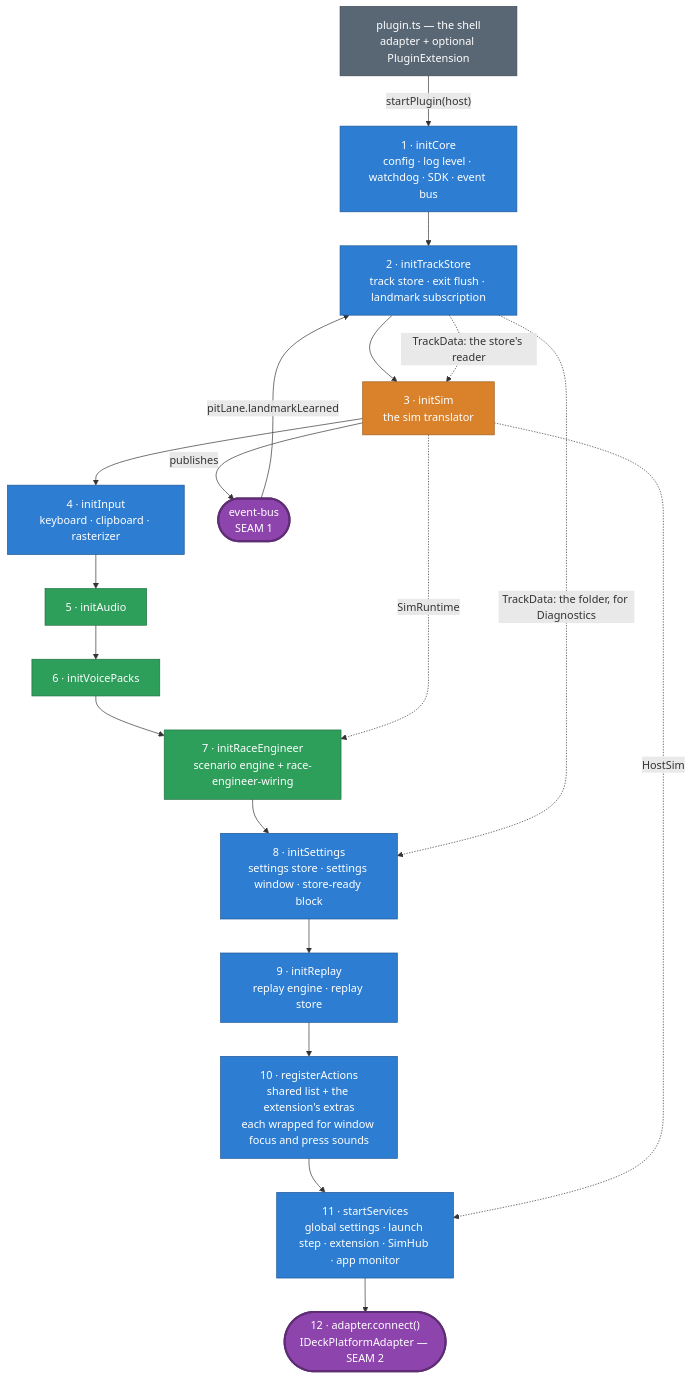
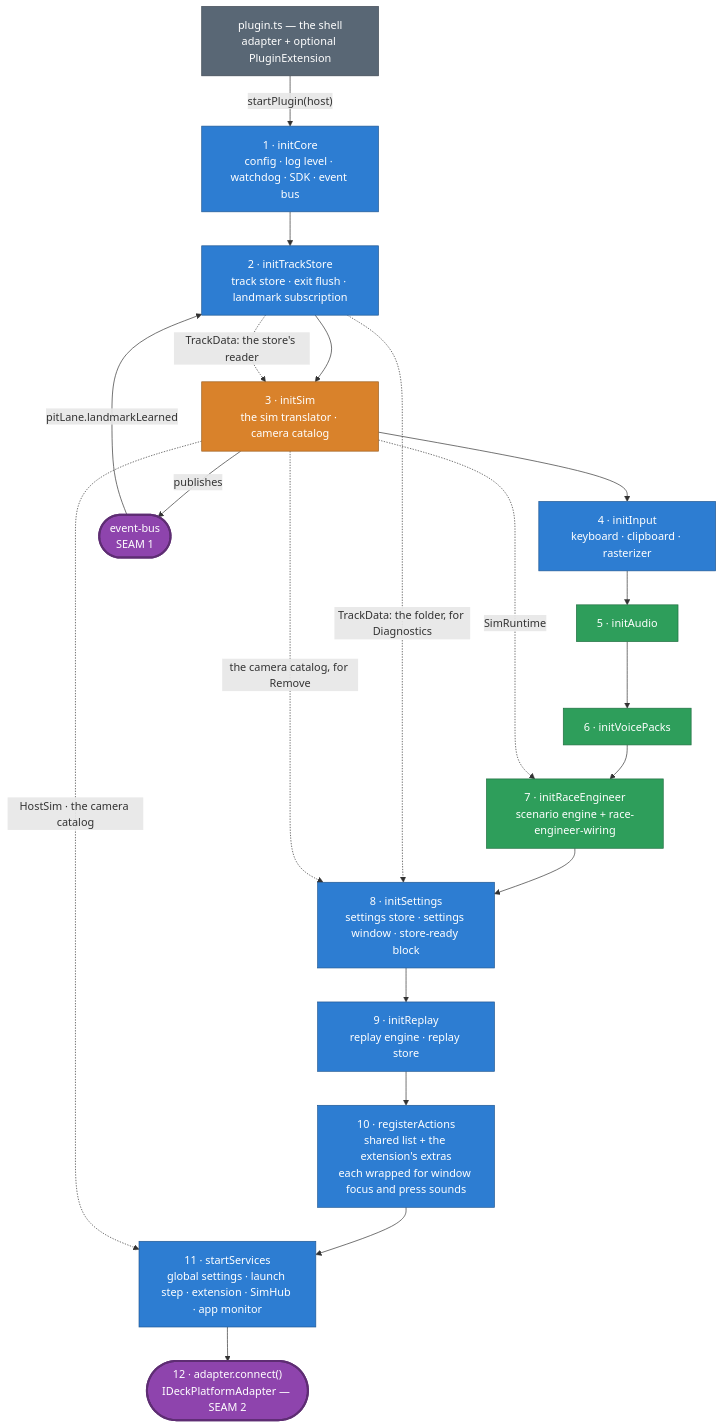
One commit to niklam/iracedeck changed the eighth of 9 diagrams in packages/website/src/content/docs/docs/development/architecture.md. Above: the diagram before and after it, drawn with Mermaid. The commit also changed other lines of this file and 75 other files, not shown here.

````diff
--- a/packages/website/src/content/docs/docs/development/architecture.md
+++ b/packages/website/src/content/docs/docs/development/architecture.md
@@ -324,32 +324,33 @@
 ```mermaid
 flowchart TB
   shell["plugin.ts — the shell<br/>adapter + optional PluginExtension"]:::plugin
   p1["1 · initCore<br/>config · log level · watchdog · SDK · event bus"]:::core
   p2["2 · initTrackStore<br/>track store · exit flush · landmark subscription"]:::core
-  p3["3 · initSim<br/>the sim translator"]:::sim
+  p3["3 · initSim<br/>the sim translator · camera catalog"]:::sim
   p4["4 · initInput<br/>keyboard · clipboard · rasterizer"]:::core
   p5["5 · initAudio"]:::audio
   p6["6 · initVoicePacks"]:::audio
   p7["7 · initRaceEngineer<br/>scenario engine + race-engineer-wiring"]:::audio
   p8["8 · initSettings<br/>settings store · settings window · store-ready block"]:::core
   p9["9 · initReplay<br/>replay engine · replay store"]:::core
   p10["10 · registerActions<br/>shared list + the extension's extras<br/>each wrapped for window focus and press sounds"]:::core
   p11["11 · startServices<br/>global settings · launch step · extension · SimHub · app monitor"]:::core
   p12(["12 · adapter.connect()<br/>IDeckPlatformAdapter — SEAM 2"]):::seam
   bus(["event-bus<br/>SEAM 1"]):::seam
 
   shell -->|"startPlugin(host)"| p1
   p1 --> p2 --> p3 --> p4 --> p5 --> p6 --> p7 --> p8 --> p9 --> p10 --> p11 --> p12
   p3 -->|"publishes"| bus
   bus -->|"pitLane.landmarkLearned"| p2
   p2 -.->|"TrackData: the store's reader"| p3
   p2 -.->|"TrackData: the folder, for Diagnostics"| p8
   p3 -.->|"SimRuntime"| p7
-  p3 -.->|"HostSim"| p11
+  p3 -.->|"HostSim · the camera catalog"| p11
+  p3 -.->|"the camera catalog, for Remove"| p8
 
   classDef sim fill:#d9822b,color:#fff,stroke:#9c5e1f;
   classDef seam fill:#8e44ad,color:#fff,stroke:#5e2d73,stroke-width:3px;
   classDef core fill:#2d7dd2,color:#fff,stroke:#1f5793;
   classDef audio fill:#2e9e5b,color:#fff,stroke:#1f6e40;
   classDef plugin fill:#596775,color:#fff,stroke:#3c4651;
 ```
````
